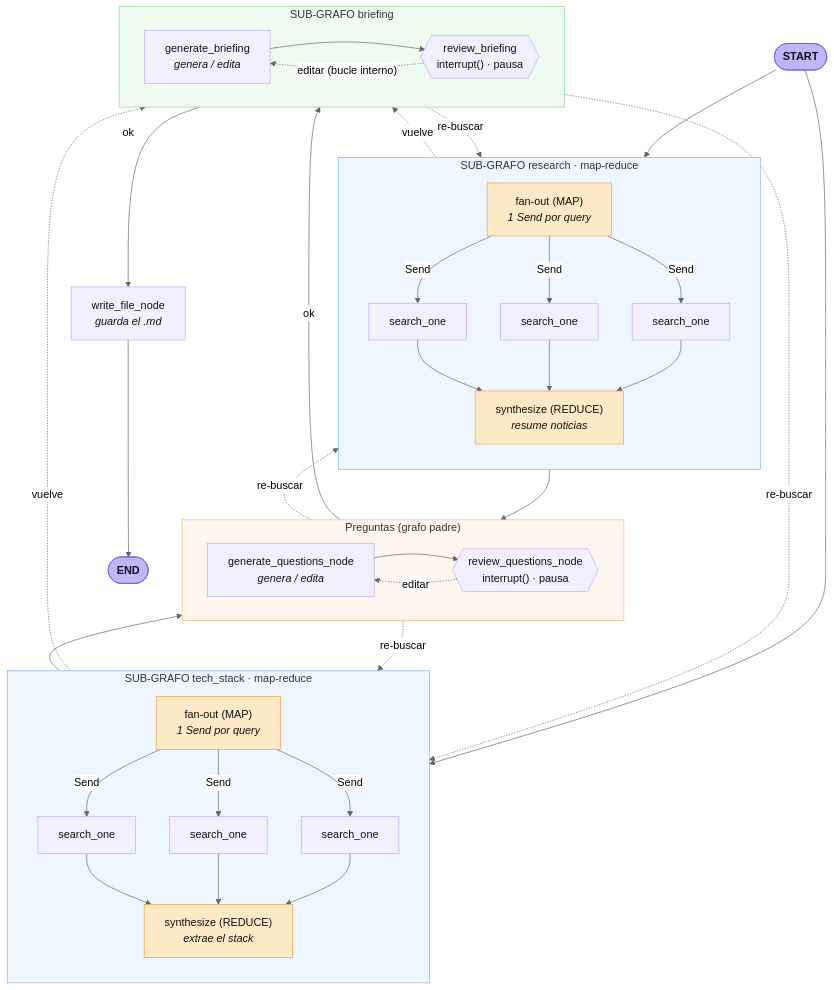
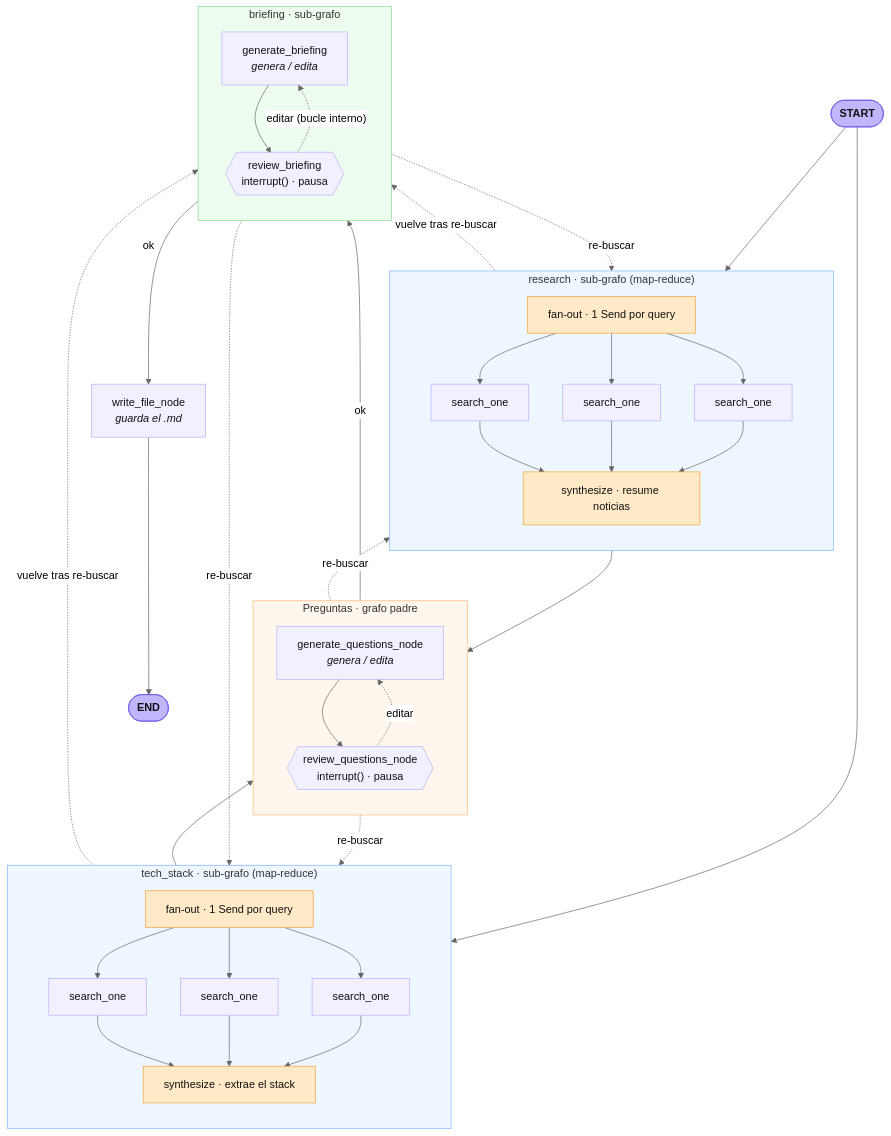
Before and after one commit to JorgePulgar/interview-preparation-agent: the diagram in graph.mmd, drawn with Mermaid (neutral theme). The commit also changed 3 other files, not shown here.

First line of the commit message:
docs: reorganize graph diagram (vertical spine) and embed mermaid in README

```diff
--- a/graph.mmd
+++ b/graph.mmd
@@ -1,78 +1,67 @@
 flowchart TD
     START([START]):::se
 
-    subgraph RES["SUB-GRAFO research · map-reduce"]
+    %% --- Fila de investigación: dos sub-grafos lado a lado (izq / der) ---
+    subgraph RES["research · sub-grafo (map-reduce)"]
         direction TB
-        rfan["fan-out (MAP)<br/><i>1 Send por query</i>"]:::map
+        rfan["fan-out · 1 Send por query"]:::map
         rw1["search_one"]
         rw2["search_one"]
         rw3["search_one"]
-        rsyn["synthesize (REDUCE)<br/><i>resume noticias</i>"]:::map
-        rfan -- Send --> rw1
-        rfan -- Send --> rw2
-        rfan -- Send --> rw3
-        rw1 --> rsyn
-        rw2 --> rsyn
-        rw3 --> rsyn
+        rsyn["synthesize · resume noticias"]:::map
+        rfan --> rw1 & rw2 & rw3 --> rsyn
     end
 
-    subgraph TEC["SUB-GRAFO tech_stack · map-reduce"]
+    subgraph TEC["tech_stack · sub-grafo (map-reduce)"]
         direction TB
-        tfan["fan-out (MAP)<br/><i>1 Send por query</i>"]:::map
+        tfan["fan-out · 1 Send por query"]:::map
         tw1["search_one"]
         tw2["search_one"]
         tw3["search_one"]
-        tsyn["synthesize (REDUCE)<br/><i>extrae el stack</i>"]:::map
-        tfan -- Send --> tw1
-        tfan -- Send --> tw2
-        tfan -- Send --> tw3
-        tw1 --> tsyn
-        tw2 --> tsyn
-        tw3 --> tsyn
+        tsyn["synthesize · extrae el stack"]:::map
+        tfan --> tw1 & tw2 & tw3 --> tsyn
     end
 
-    subgraph QST["Preguntas (grafo padre)"]
-        direction LR
+    subgraph QST["Preguntas · grafo padre"]
+        direction TB
         genq["generate_questions_node<br/><i>genera / edita</i>"]
         revq{{"review_questions_node<br/>interrupt() · pausa"}}
+        genq --> revq
+        revq -. "editar" .-> genq
     end
 
-    subgraph BRF["SUB-GRAFO briefing"]
-        direction LR
+    subgraph BRF["briefing · sub-grafo"]
+        direction TB
         genb["generate_briefing<br/><i>genera / edita</i>"]
         revb{{"review_briefing<br/>interrupt() · pausa"}}
         genb --> revb
         revb -. "editar (bucle interno)" .-> genb
     end
 
     write["write_file_node<br/><i>guarda el .md</i>"]
     DONE([END]):::se
 
-    %% --- Camino principal ---
+    %% --- Espina dorsal vertical (caja debajo de caja) ---
     START --> RES
     START --> TEC
-    RES --> genq
-    TEC --> genq
-    genq --> revq
-    revq -- "ok" --> BRF
+    RES --> QST
+    TEC --> QST
+    QST -- "ok" --> BRF
     BRF -- "ok" --> write
     write --> DONE
 
-    %% --- Bucle de edición de preguntas (mismo dato, solo reescribe) ---
-    revq -. "editar" .-> genq
-
     %% --- Re-búsqueda (feedback que necesita datos nuevos) ---
-    revq -. "re-buscar" .-> RES
-    revq -. "re-buscar" .-> TEC
+    QST -. "re-buscar" .-> RES
+    QST -. "re-buscar" .-> TEC
     BRF -. "re-buscar" .-> RES
     BRF -. "re-buscar" .-> TEC
-    RES -. "vuelve" .-> BRF
-    TEC -. "vuelve" .-> BRF
+    RES -. "vuelve tras re-buscar" .-> BRF
+    TEC -. "vuelve tras re-buscar" .-> BRF
 
     classDef se fill:#bfb6fc,stroke:#6c5ce7,color:#111,font-weight:bold;
     classDef default fill:#f2f0ff,stroke:#b9aef7,color:#111;
     classDef map fill:#ffe9c7,stroke:#f0a23b,color:#111;
     style RES fill:#eef7ff,stroke:#7fb3ff
     style TEC fill:#eef7ff,stroke:#7fb3ff
     style QST fill:#fff6ed,stroke:#ffb870
     style BRF fill:#eefcf0,stroke:#86d99a
```
